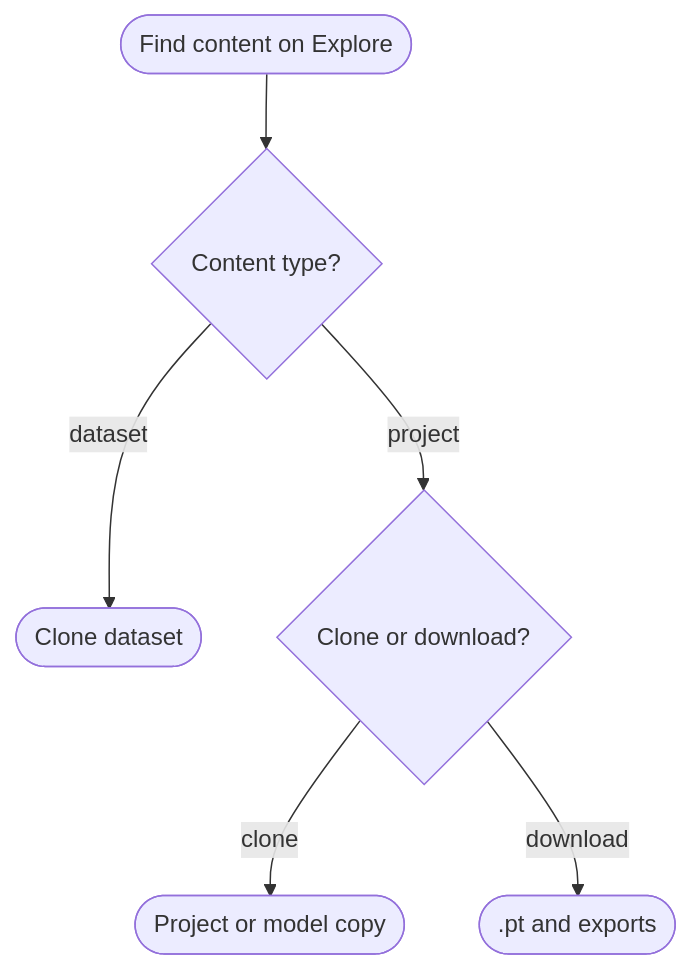
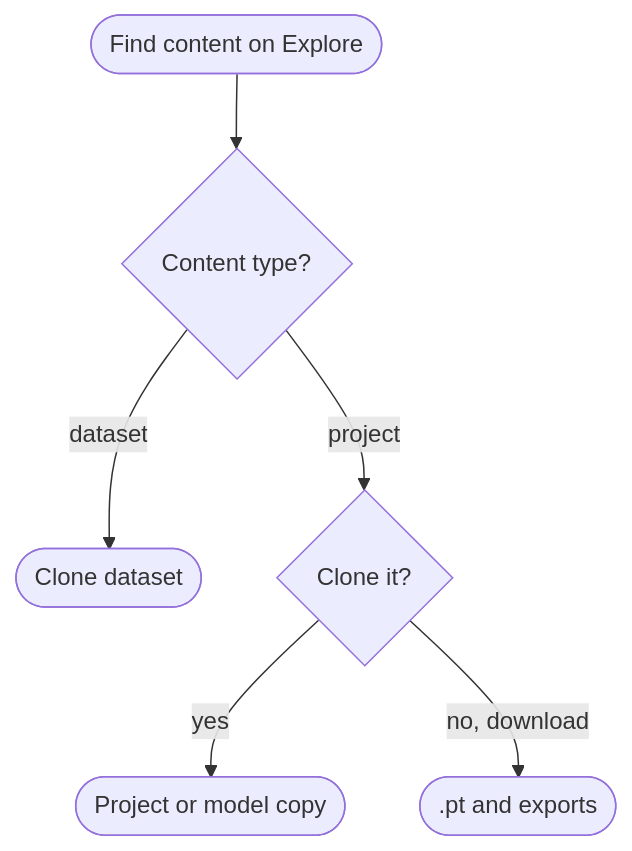
One commit to ultralytics/ultralytics changed the second of 3 diagrams in docs/en/platform/explore.md. Above: the diagram before and after it, drawn with Mermaid. The commit also changed other lines of this file and 6 other files, not shown here.

First line of the commit message:
Fit Mermaid diagrams to phone width in the site renderer

````diff
--- a/docs/en/platform/explore.md
+++ b/docs/en/platform/explore.md
@@ -147,8 +147,8 @@
 ```mermaid
 flowchart TD
     A([Find content on Explore]) --> B{Content type?}
     B -->|dataset| C([Clone dataset])
-    B -->|project| D{Clone or download?}
-    D -->|clone| E([Project or model copy])
-    D -->|download| F([".pt and exports"])
+    B -->|project| D{Clone it?}
+    D -->|yes| E([Project or model copy])
+    D -->|no, download| F([".pt and exports"])
 ```
````
